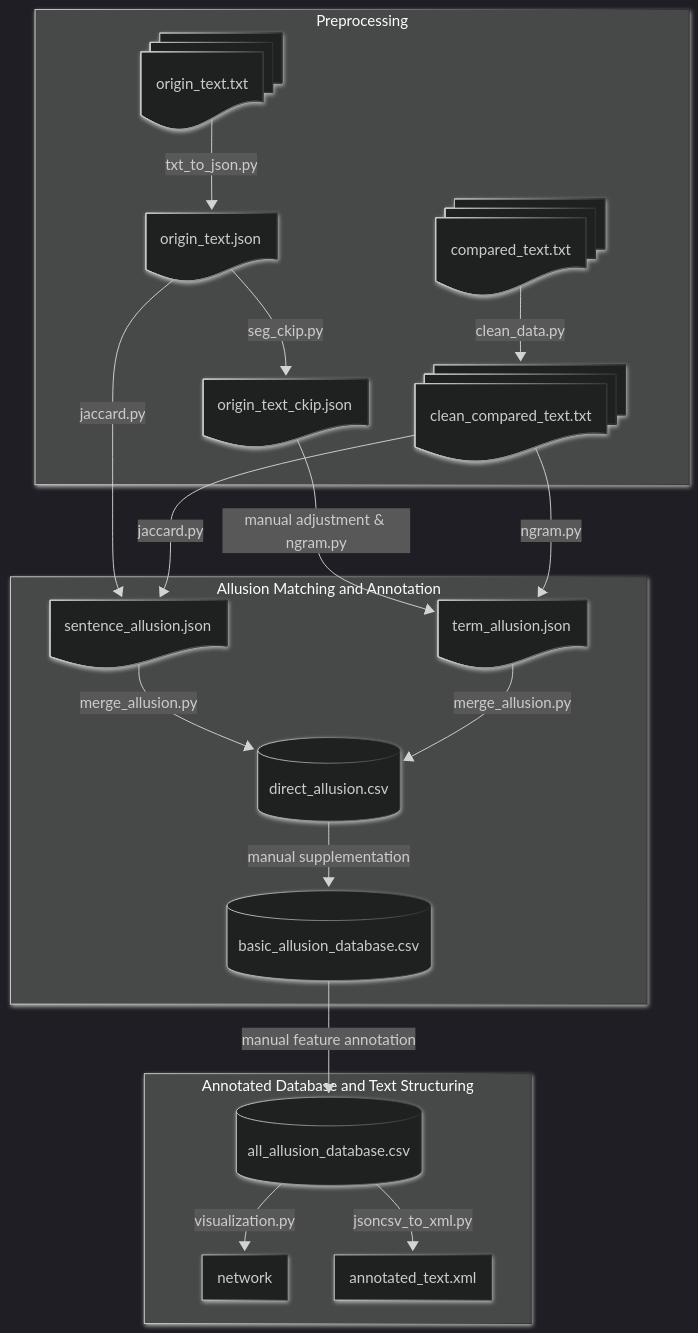
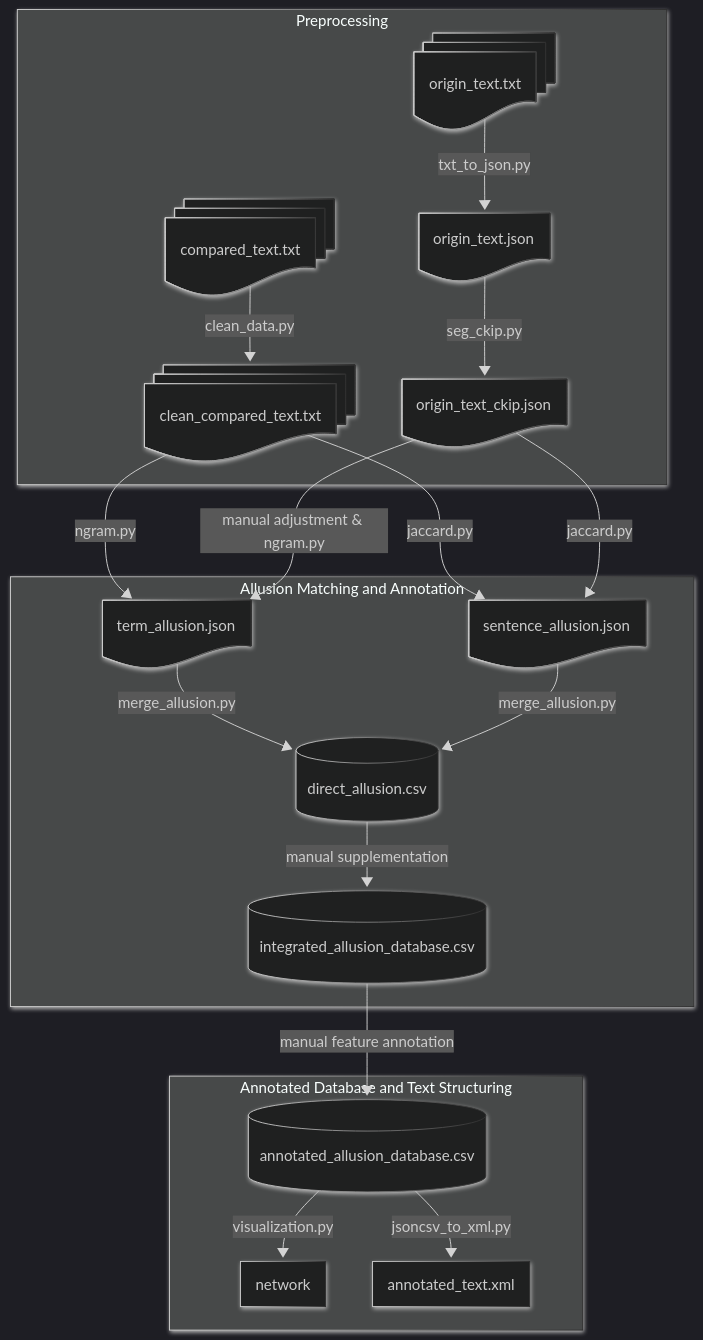
One commit to Taoyi-Chiang/lufu_allusion changed the diagram in README.md. Above: the diagram before and after it, drawn with Mermaid.

````diff
--- a/README.md
+++ b/README.md
@@ -2,46 +2,47 @@
 ```mermaid
 ---
 config:
   theme: dark
   look: neo
 ---
 flowchart TD
  subgraph Preprocessing["Preprocessing"]
         B1["origin_text.json"]
+        B2["origin_text_ckip.json"]
         A1["origin_text.txt"]
-        B2["origin_text_ckip.json"]
+        A2["compared_text.txt"]
         A3["clean_compared_text.txt"]
-        A2["compared_text.txt"]
+
   end
  subgraph subGraph1["Allusion Matching and Annotation"]
+        C1["sentence_allusion.json"]
         C2["term_allusion.json"]
-        C1["sentence_allusion.json"]
         D1[("direct_allusion.csv")]
-        E1[("basic_allusion_database.csv")]
+        E1[("integrated_allusion_database.csv")]
   end
  subgraph subGraph2["Annotated Database and Text Structuring"]
-        E2[("all_allusion_database.csv")]
+        E2[("annotated_allusion_database.csv")]
         F1["network"]
         F2["annotated_text.xml"]
   end
     A1 -- "txt_to_json.py" --> B1
-    B1 -- "seg_ckip.py" --> B2
     A2 -- "clean_data.py" --> A3
-    B2 -- "manual adjustment & ngram.py"--> C2
-    B1 -- "jaccard.py" --> C1
     A3 -- "jaccard.py" --> C1
     A3 -- "ngram.py" --> C2
-    C1 -- "merge_allusion.py" --> D1
+    B1 -- "seg_ckip.py" --> B2
+    B2 -- "jaccard.py" --> C1
+    B2 -- "manual adjustment & ngram.py" --> C2
     C2 -- "merge_allusion.py" --> D1
-    D1 -- manual supplementation --> E1
-    E1 -- manual feature annotation --> E2
+    D1 -- "manual supplementation" --> E1
+    E1 -- "manual feature annotation" --> E2
     E2 -- "visualization.py" --> F1
     E2 -- "jsoncsv_to_xml.py" --> F2
+    C1 -- "merge_allusion.py" --> D1
+    A1@{ shape: docs}
+    A2@{ shape: docs}
+    A3@{ shape: docs}
     B1@{ shape: doc}
-    A1@{ shape: docs}
     B2@{ shape: doc}
-    A3@{ shape: docs}
-    A2@{ shape: docs}
+    C1@{ shape: doc}
     C2@{ shape: doc}
-    C1@{ shape: doc}
 ```
````
